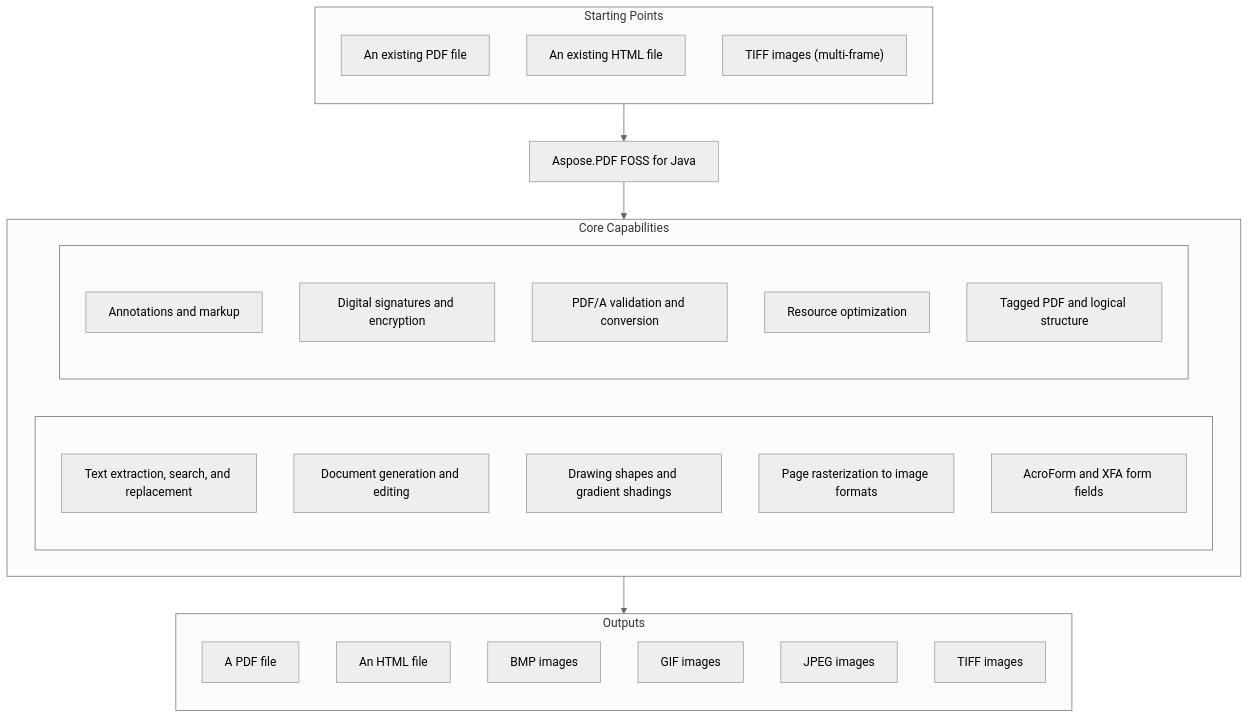
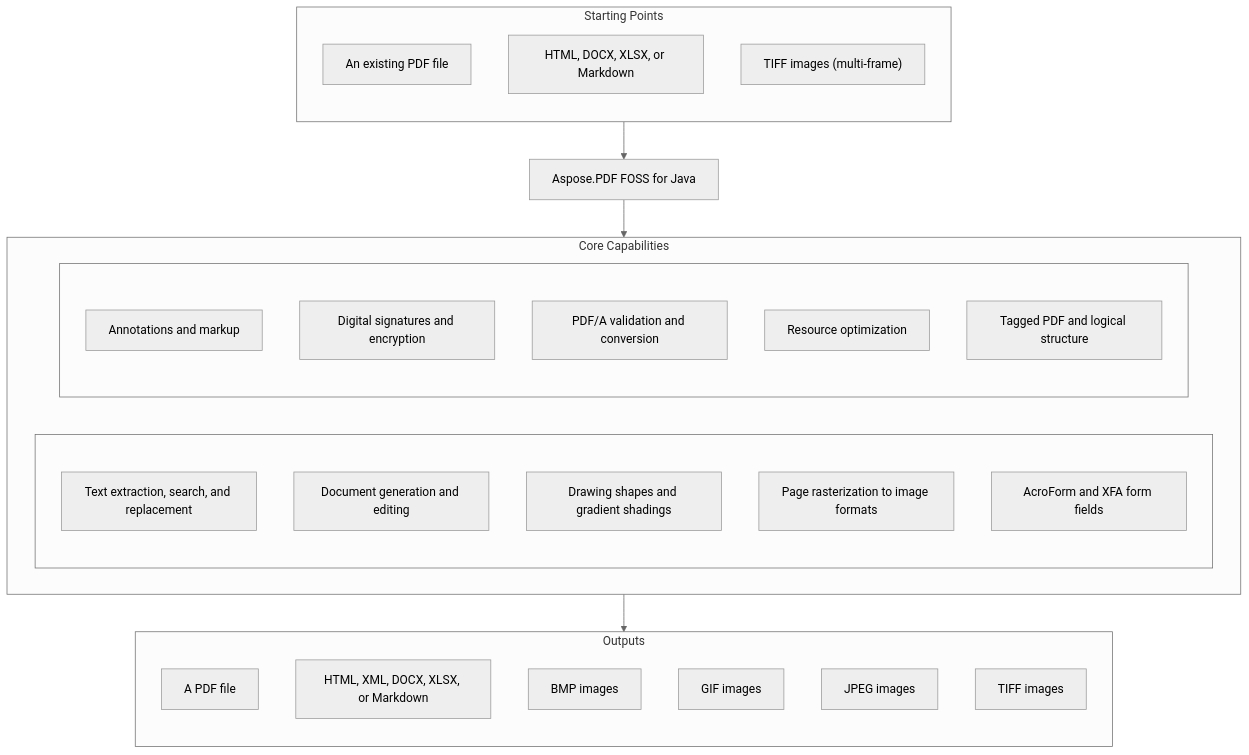
One commit to aspose-pdf-foss/Aspose.PDF-FOSS-for-Java changed the diagram in README.md. Above: the diagram before and after it, drawn with Mermaid (neutral theme). The commit also changed other lines of this file and 48 other files, not shown here.

Commit message:
Release 26.11 - Improved performance and fixed font, graphics, and text handling.

````diff
--- a/README.md
+++ b/README.md
@@ -28,39 +28,39 @@
 ```mermaid
 flowchart TD
   subgraph StartingPoints["Starting Points"]
     direction TB
     i1["An existing PDF file"]
-    i2["An existing HTML file"]
+    i2["HTML, DOCX, XLSX, or Markdown"]
     i3["TIFF images (multi-frame)"]
   end
   PRODUCT["Aspose.PDF FOSS for Java"]
   subgraph Capabilities["Core Capabilities"]
     direction LR
     subgraph capl[" "]
       direction TB
       c1["Text extraction, search, and replacement"]
       c2["Document generation and editing"]
       c3["Drawing shapes and gradient shadings"]
       c4["Page rasterization to image formats"]
       c5["AcroForm and XFA form fields"]
     end
     subgraph capr[" "]
       direction TB
       c6["Annotations and markup"]
       c7["Digital signatures and encryption"]
       c8["PDF/A validation and conversion"]
       c9["Resource optimization"]
       c10["Tagged PDF and logical structure"]
     end
   end
   subgraph Outputs["Outputs"]
     direction TB
     o1["A PDF file"]
-    o2["An HTML file"]
+    o2["HTML, XML, DOCX, XLSX, or Markdown"]
     o3["BMP images"]
     o4["GIF images"]
     o5["JPEG images"]
     o6["TIFF images"]
   end
   StartingPoints --> PRODUCT --> Capabilities --> Outputs
 ```
````
